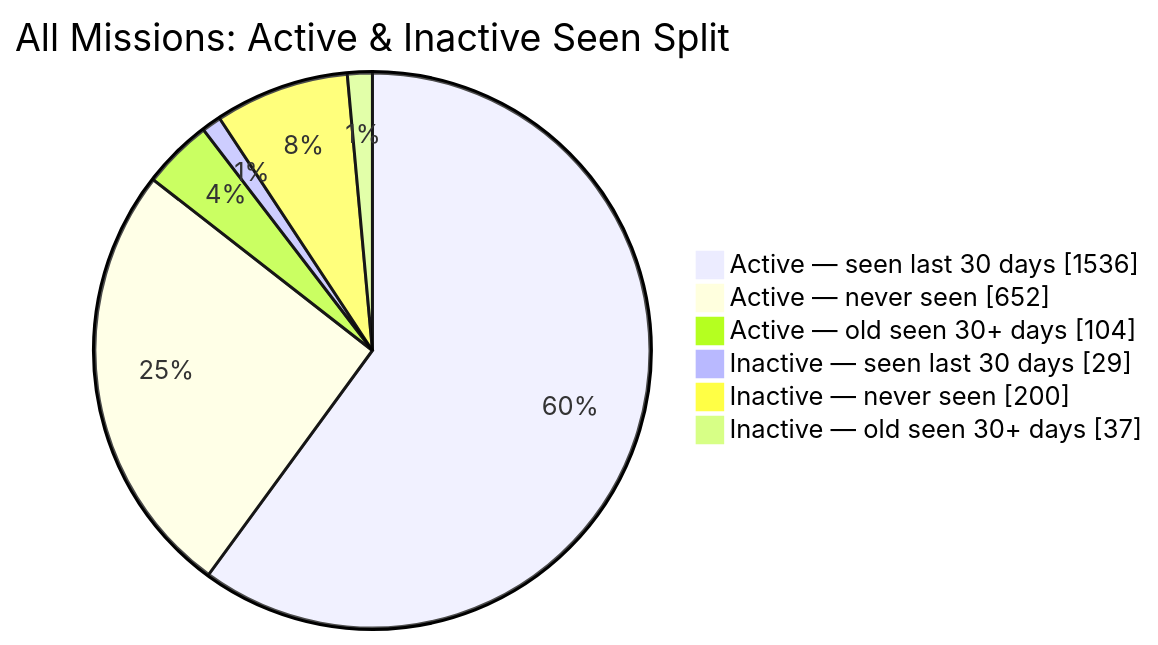
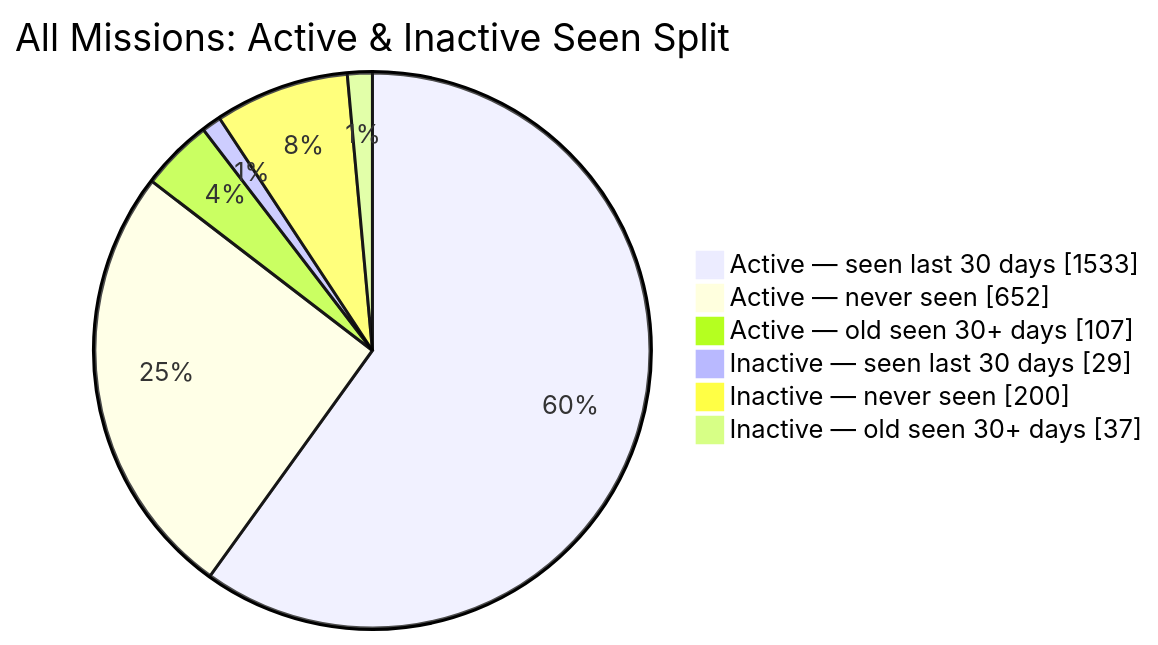
The second of 2 diagrams in README.md (MeldkamerspelGameTeam/active-missions), drawn with Mermaid before and after one commit. The commit also changed other lines of this file and 2 other files, not shown here.

````diff
--- a/README.md
+++ b/README.md
@@ -44,10 +44,10 @@
 ```mermaid
 pie showData
     title All Missions: Active & Inactive Seen Split
-    "Active — seen last 30 days" : 1536
+    "Active — seen last 30 days" : 1533
     "Active — never seen" : 652
-    "Active — old seen 30+ days" : 104
+    "Active — old seen 30+ days" : 107
     "Inactive — seen last 30 days" : 29
     "Inactive — never seen" : 200
     "Inactive — old seen 30+ days" : 37
 ```
````
